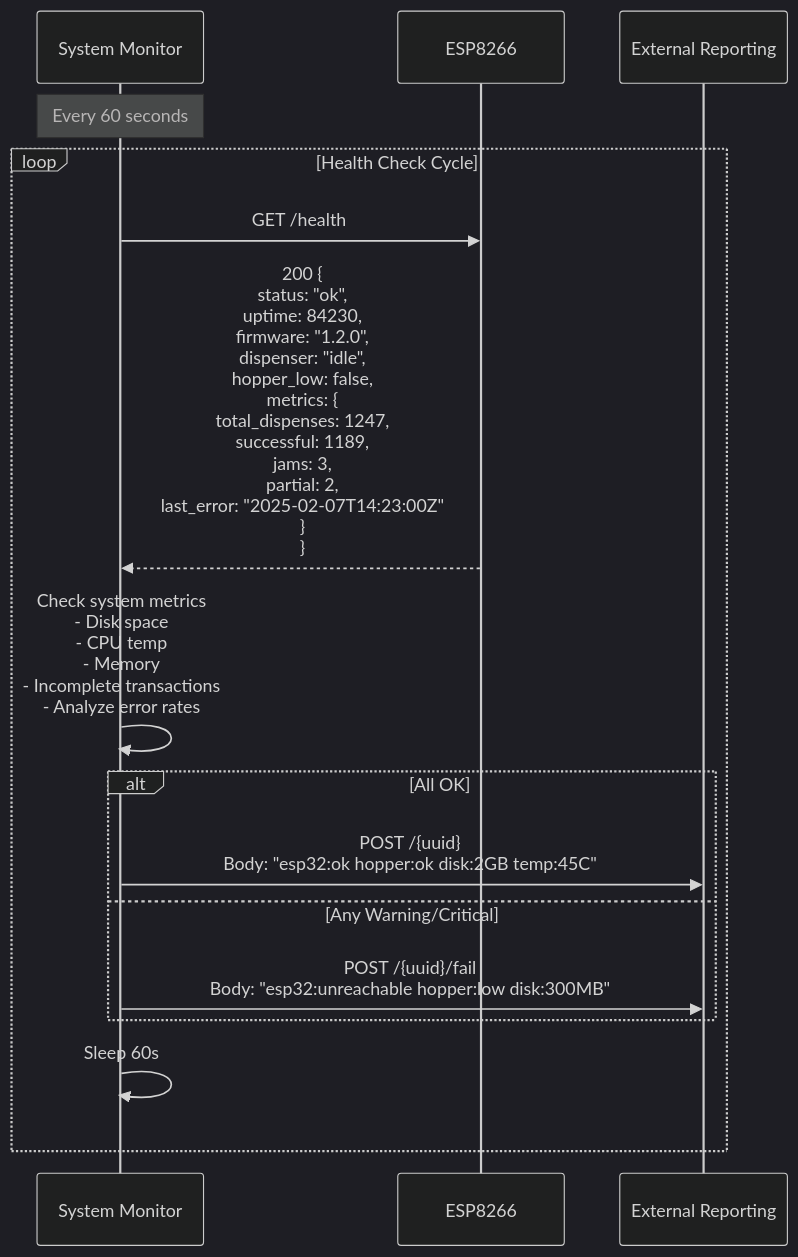
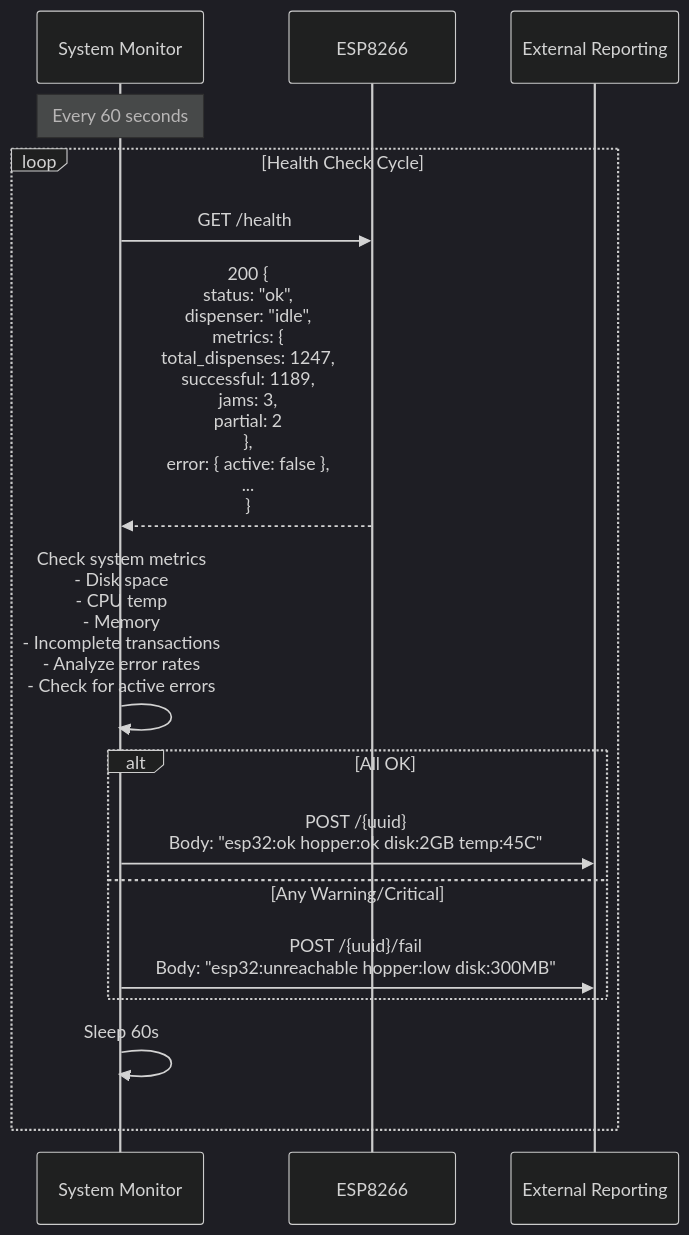
Before and after one commit to dgloeckner/remote-token-dispenser: diagram 21 of 28 in ARCHITECTURE.md, drawn with Mermaid (dark theme). The commit also changed other lines of this file, not shown here.

Commit message:
docs: update architecture docu

````diff
--- a/ARCHITECTURE.md
+++ b/ARCHITECTURE.md
@@ -876,23 +1075,23 @@
 ```mermaid
 sequenceDiagram
     participant Monitor as System Monitor
     participant ESP8266
     participant External as External Reporting
 
     Note over Monitor: Every 60 seconds
 
     loop Health Check Cycle
         Monitor->>ESP8266: GET /health
-        ESP8266-->>Monitor: 200 {<br/>status: "ok",<br/>uptime: 84230,<br/>firmware: "1.2.0",<br/>dispenser: "idle",<br/>hopper_low: false,<br/>metrics: {<br/>  total_dispenses: 1247,<br/>  successful: 1189,<br/>  jams: 3,<br/>  partial: 2,<br/>  last_error: "2025-02-07T14:23:00Z"<br/>}<br/>}
+        ESP8266-->>Monitor: 200 {<br/>status: "ok",<br/>dispenser: "idle",<br/>metrics: {<br/>  total_dispenses: 1247,<br/>  successful: 1189,<br/>  jams: 3,<br/>  partial: 2<br/>},<br/>error: { active: false },<br/>...<br/>}
 
-        Monitor->>Monitor: Check system metrics<br/>- Disk space<br/>- CPU temp<br/>- Memory<br/>- Incomplete transactions<br/>- Analyze error rates
+        Monitor->>Monitor: Check system metrics<br/>- Disk space<br/>- CPU temp<br/>- Memory<br/>- Incomplete transactions<br/>- Analyze error rates<br/>- Check for active errors
 
         alt All OK
             Monitor->>External: POST /{uuid}<br/>Body: "esp32:ok hopper:ok disk:2GB temp:45C"
         else Any Warning/Critical
             Monitor->>External: POST /{uuid}/fail<br/>Body: "esp32:unreachable hopper:low disk:300MB"
         end
 
         Monitor->>Monitor: Sleep 60s
     end
 ```
````
